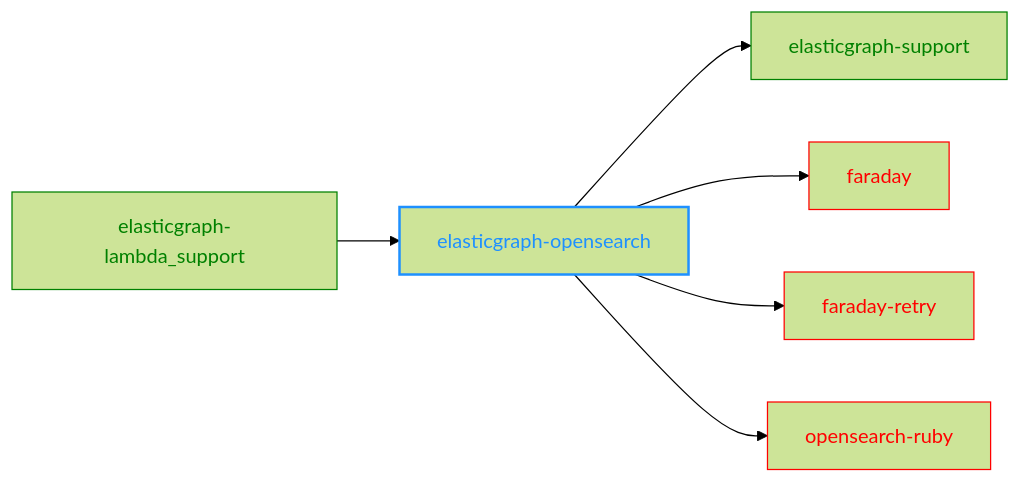
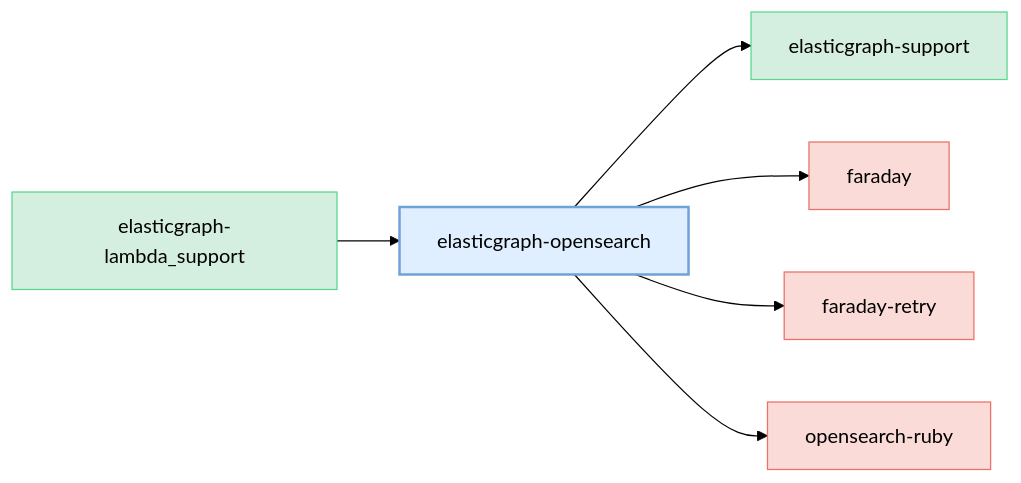
Before and after one commit to block/elasticgraph: the diagram in elasticgraph-opensearch/README.md, drawn with Mermaid (forest theme). The commit also changed 23 other files, not shown here.

````diff
--- a/elasticgraph-opensearch/README.md
+++ b/elasticgraph-opensearch/README.md
@@ -7,23 +7,26 @@
 ```mermaid
 graph LR;
+    classDef currentGemStyle fill:#E0EFFF,stroke:#70A1D7,color:#000,stroke-width:2px;
+    classDef internalEgGemStyle fill:#D4EFDF,stroke:#58D68D,color:#000;
+    classDef externalGemStyle fill:#FADBD8,stroke:#EC7063,color:#000;
     elasticgraph-opensearch["elasticgraph-opensearch"];
+    class elasticgraph-opensearch currentGemStyle;
     elasticgraph-support["elasticgraph-support"];
     elasticgraph-opensearch --> elasticgraph-support;
+    class elasticgraph-support internalEgGemStyle;
     faraday["faraday"];
     elasticgraph-opensearch --> faraday;
+    class faraday externalGemStyle;
     faraday-retry["faraday-retry"];
     elasticgraph-opensearch --> faraday-retry;
+    class faraday-retry externalGemStyle;
     opensearch-ruby["opensearch-ruby"];
     elasticgraph-opensearch --> opensearch-ruby;
+    class opensearch-ruby externalGemStyle;
     elasticgraph-lambda_support["elasticgraph-lambda_support"];
     elasticgraph-lambda_support --> elasticgraph-opensearch;
-    style elasticgraph-opensearch color:DodgerBlue,stroke-width:2px,stroke:DodgerBlue;
-    style elasticgraph-support color:Green,stroke:Green;
-    style faraday color:Red,stroke:Red;
-    style faraday-retry color:Red,stroke:Red;
-    style opensearch-ruby color:Red,stroke:Red;
-    style elasticgraph-lambda_support color:Green,stroke:Green;
+    class elasticgraph-lambda_support internalEgGemStyle;
     click faraday href "https://rubygems.org/gems/faraday" "Open on RubyGems.org" _blank;
     click faraday-retry href "https://rubygems.org/gems/faraday-retry" "Open on RubyGems.org" _blank;
     click opensearch-ruby href "https://rubygems.org/gems/opensearch-ruby" "Open on RubyGems.org" _blank;
 ```
````
